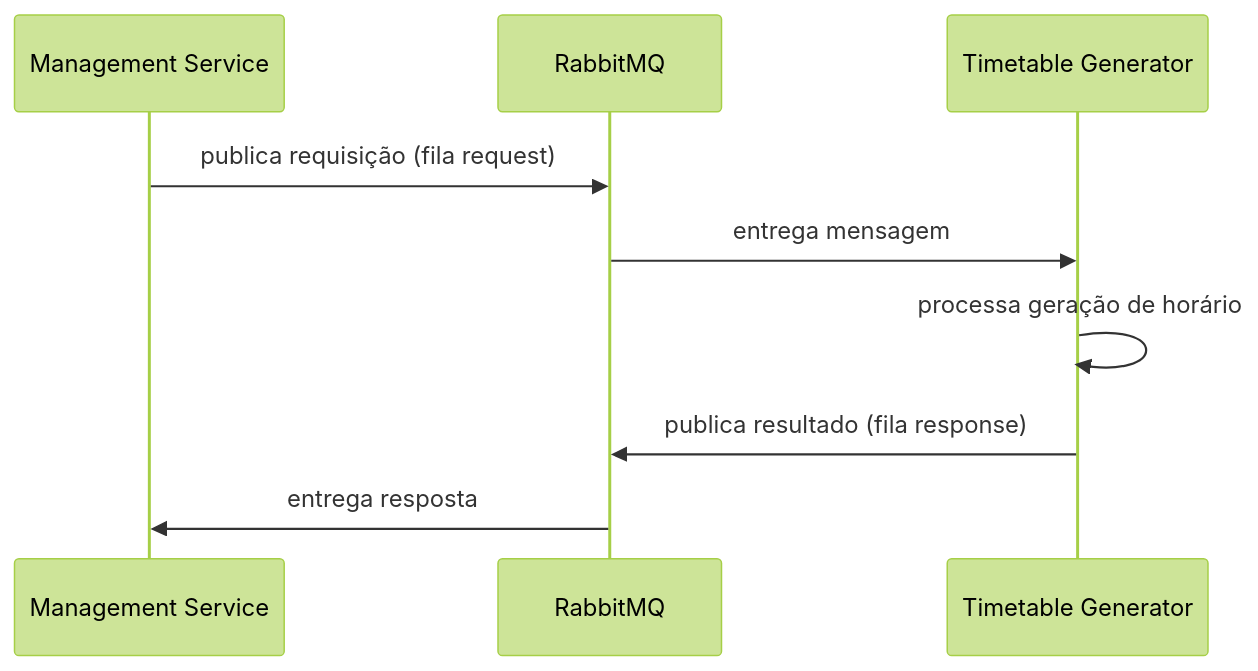
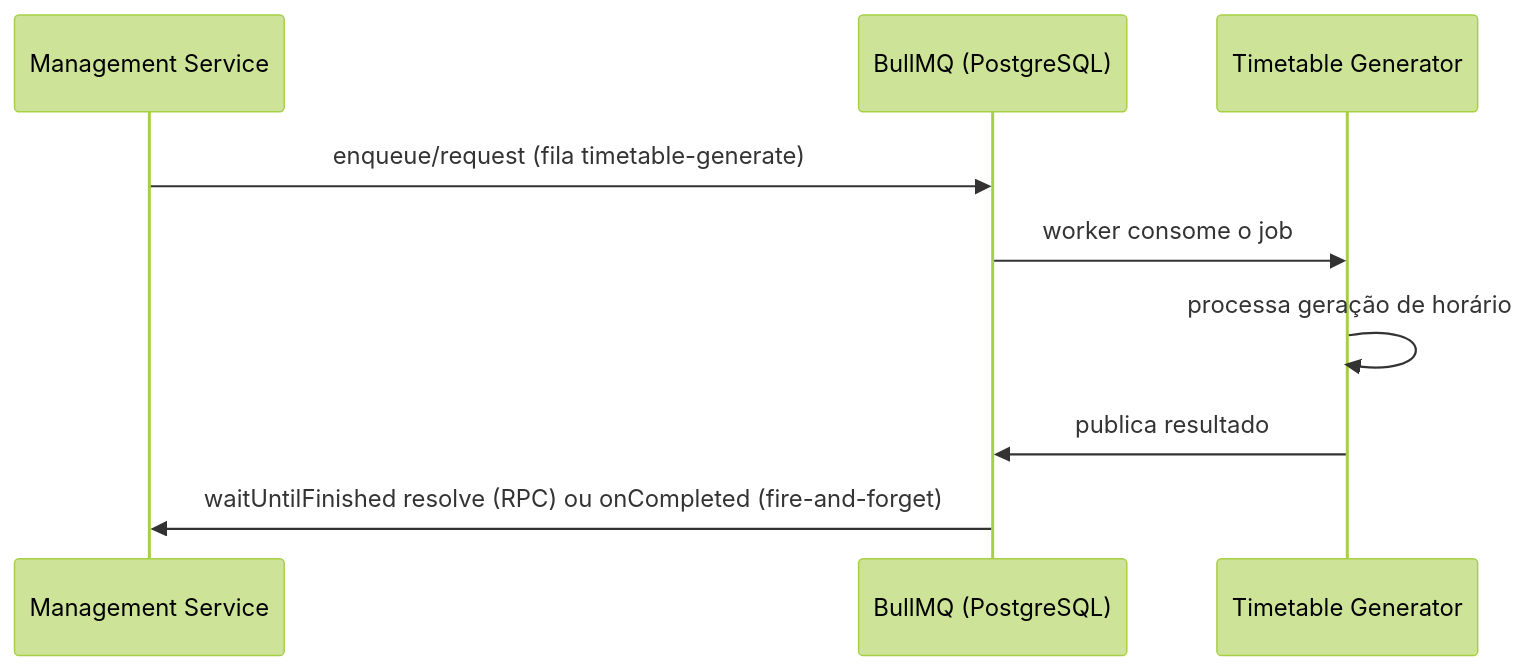
One commit to ladesa-ro/management-service changed the diagram in docs/arquitetura/message-broker.md. Above: the diagram before and after it, drawn with Mermaid (forest theme). The commit also changed other lines of this file and 8 other files, not shown here.

````diff
--- a/docs/arquitetura/message-broker.md
+++ b/docs/arquitetura/message-broker.md
@@ -5,12 +5,12 @@
 ```mermaid
 sequenceDiagram
     participant MS as Management Service
-    participant RMQ as RabbitMQ
+    participant Q as BullMQ (PostgreSQL)
     participant TG as Timetable Generator
 
-    MS->>RMQ: publica requisição (fila request)
-    RMQ->>TG: entrega mensagem
+    MS->>Q: enqueue/request (fila timetable-generate)
+    Q->>TG: worker consome o job
     TG->>TG: processa geração de horário
-    TG->>RMQ: publica resultado (fila response)
-    RMQ->>MS: entrega resposta
+    TG->>Q: publica resultado
+    Q->>MS: waitUntilFinished resolve (RPC) ou onCompleted (fire-and-forget)
 ```
````
